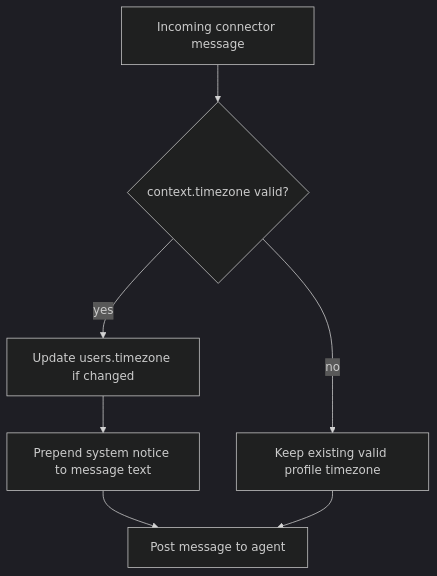
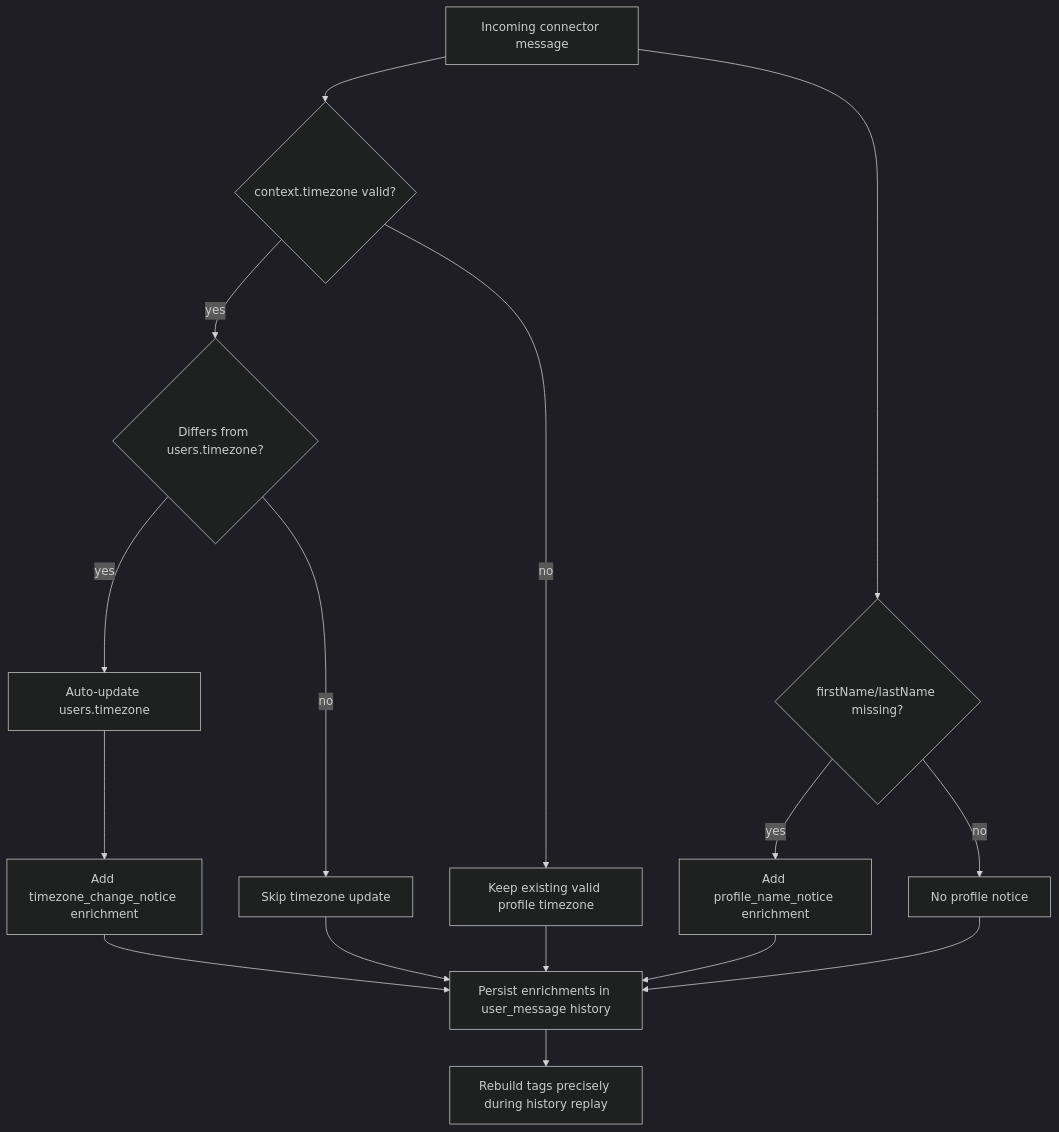
One commit to ex3ndr/daycare changed the third of 3 diagrams in doc/timezone-propagation-cron.md. Above: the diagram before and after it, drawn with Mermaid (dark theme). The commit also changed other lines of this file and 17 other files, not shown here.

````diff
--- a/doc/timezone-propagation-cron.md
+++ b/doc/timezone-propagation-cron.md
@@ -55,9 +57,18 @@
 ```mermaid
 flowchart TD
     A[Incoming connector message] --> B{context.timezone valid?}
-    B -- yes --> C[Update users.timezone if changed]
-    C --> D[Prepend system notice to message text]
-    B -- no --> E[Keep existing valid profile timezone]
-    D --> F[Post message to agent]
-    E --> F
+    B -- yes --> C{Differs from users.timezone?}
+    C -- yes --> D[Auto-update users.timezone]
+    D --> E[Add timezone_change_notice enrichment]
+    C -- no --> F[Skip timezone update]
+    A --> G{firstName/lastName missing?}
+    G -- yes --> H[Add profile_name_notice enrichment]
+    G -- no --> I[No profile notice]
+    B -- no --> J[Keep existing valid profile timezone]
+    E --> K[Persist enrichments in user_message history]
+    F --> K
+    H --> K
+    I --> K
+    J --> K
+    K --> L[Rebuild tags precisely during history replay]
 ```
````
